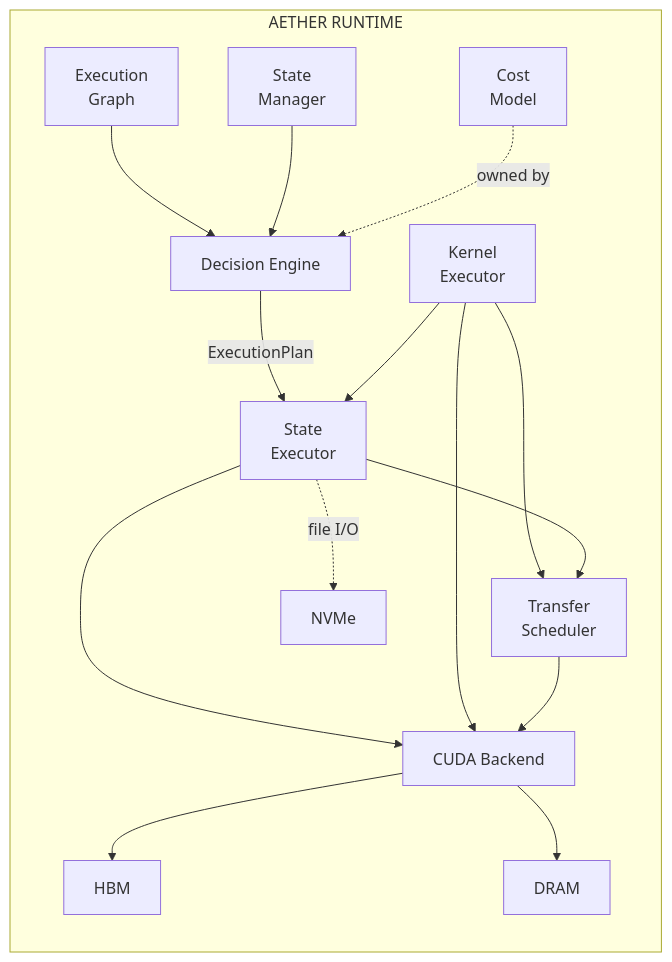
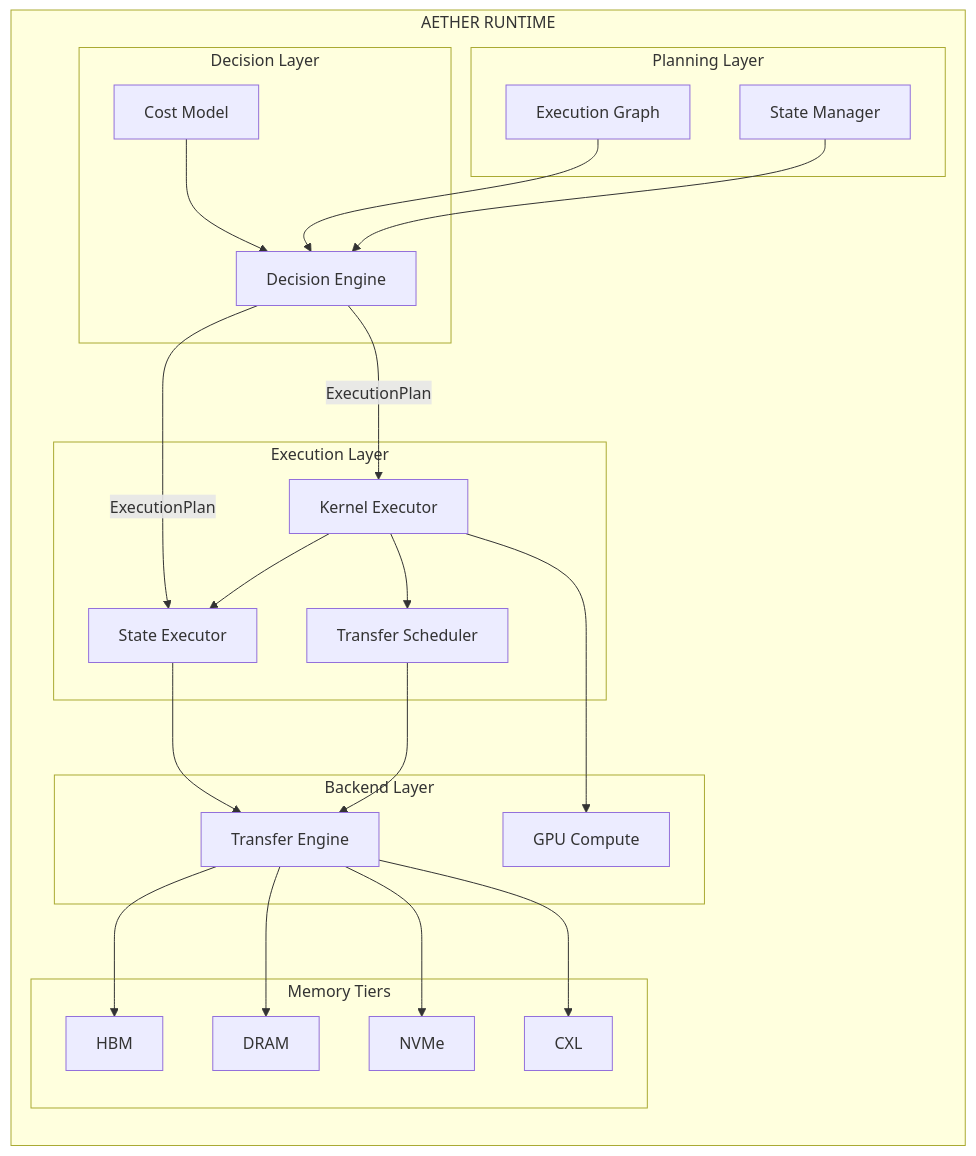
One commit to Vi-shub/Aether changed the diagram in README.md. Above: the diagram before and after it, drawn with Mermaid. The commit also changed other lines of this file, not shown here.

Commit message:
docs: update architecture diagram in README to reflect new planning, decision, execution, and backend layers

````diff
--- a/README.md
+++ b/README.md
@@ -26,36 +26,56 @@
 ```mermaid
 flowchart TD
     subgraph AETHER["AETHER RUNTIME"]
         direction TB
 
-        EG["Execution<br/>Graph"]
-        SM["State<br/>Manager"]
-        CM["Cost<br/>Model"]
-        DE["Decision Engine"]
-        SE["State<br/>Executor"]
-        KE["Kernel<br/>Executor"]
-        TS["Transfer<br/>Scheduler"]
-        CB["CUDA Backend"]
-        HBM["HBM"]
-        DRAM["DRAM"]
-        NVMe["NVMe"]
+        subgraph PLANNING["Planning Layer"]
+            EG["Execution Graph"]
+            SM["State Manager"]
+        end
 
+        subgraph DECISION["Decision Layer"]
+            DE["Decision Engine"]
+            CM["Cost Model"]
+            CM --> DE
+        end
+
+        subgraph EXECUTION["Execution Layer"]
+            SE["State Executor"]
+            KE["Kernel Executor"]
+            TS["Transfer Scheduler"]
+        end
+
+        subgraph BACKEND["Backend Layer"]
+            TE["Transfer Engine"]
+            COMPUTE["GPU Compute"]
+        end
+
+        subgraph MEMORY["Memory Tiers"]
+            HBM["HBM"]
+            DRAM["DRAM"]
+            NVMe["NVMe"]
+            CXL["CXL"]
+        end
+
+        %% Planning to Decision
         EG --> DE
         SM --> DE
-        CM -.owned by.-> DE
 
+        %% Decision to Execution
         DE -->|ExecutionPlan| SE
+        DE -->|ExecutionPlan| KE
 
+        %% Execution layer connections
         KE --> SE
         KE --> TS
-        SE --> TS
+        SE --> TE
+        TS --> TE
+        KE --> COMPUTE
 
-        SE --> CB
-        KE --> CB
-        TS --> CB
-
-        CB --> HBM
-        CB --> DRAM
-        SE -.file I/O.-> NVMe
+        %% Backend to Memory (all tiers equal)
+        TE --> HBM
+        TE --> DRAM
+        TE --> NVMe
+        TE --> CXL
     end
 ```
````
